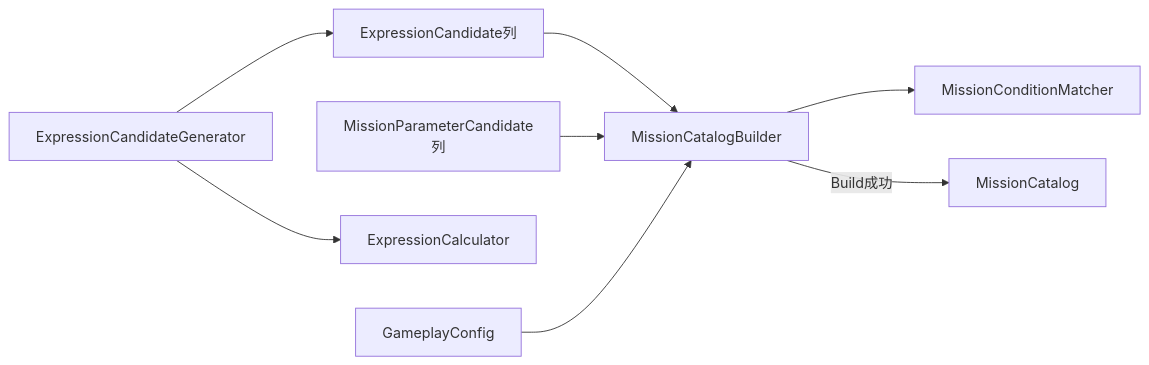
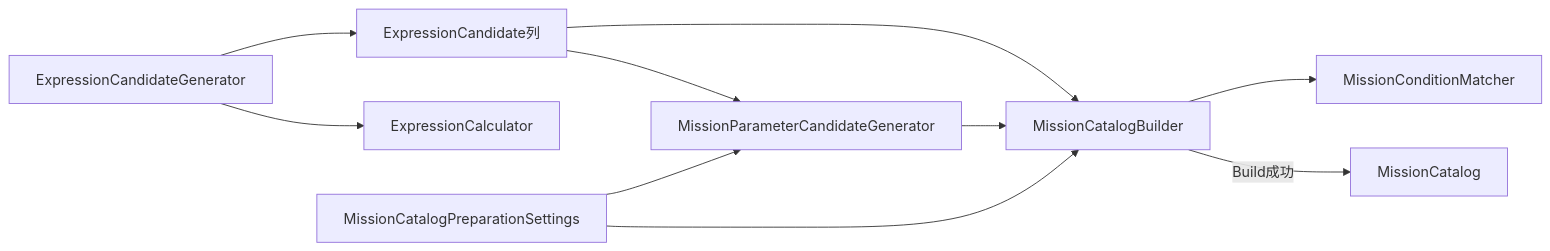
The fifth of 13 diagrams in docs/architecture/core/core-logic-overview.md (MicomProcedure/change-change-change), drawn with Mermaid before and after one commit. The commit also changed other lines of this file and 13 other files, not shown here.

````diff
--- a/docs/architecture/core/core-logic-overview.md
+++ b/docs/architecture/core/core-logic-overview.md
@@ -213,19 +217,21 @@
 ```mermaid
 flowchart LR
-    Config[GameplayConfig]
-    Params[MissionParameterCandidate列]
+    Preparation[MissionCatalogPreparationSettings]
     Gen[ExpressionCandidateGenerator]
+    ParameterGen[MissionParameterCandidateGenerator]
     Calc[ExpressionCalculator]
     Expressions[ExpressionCandidate列]
     Builder[MissionCatalogBuilder]
     Matcher[MissionConditionMatcher]
     Catalog[MissionCatalog]
 
     Gen --> Calc
     Gen --> Expressions
+    Expressions --> ParameterGen
+    Preparation --> ParameterGen
     Expressions --> Builder
-    Params --> Builder
-    Config --> Builder
+    ParameterGen --> Builder
+    Preparation --> Builder
     Builder --> Matcher
     Builder -->|Build成功| Catalog
 ```
````
